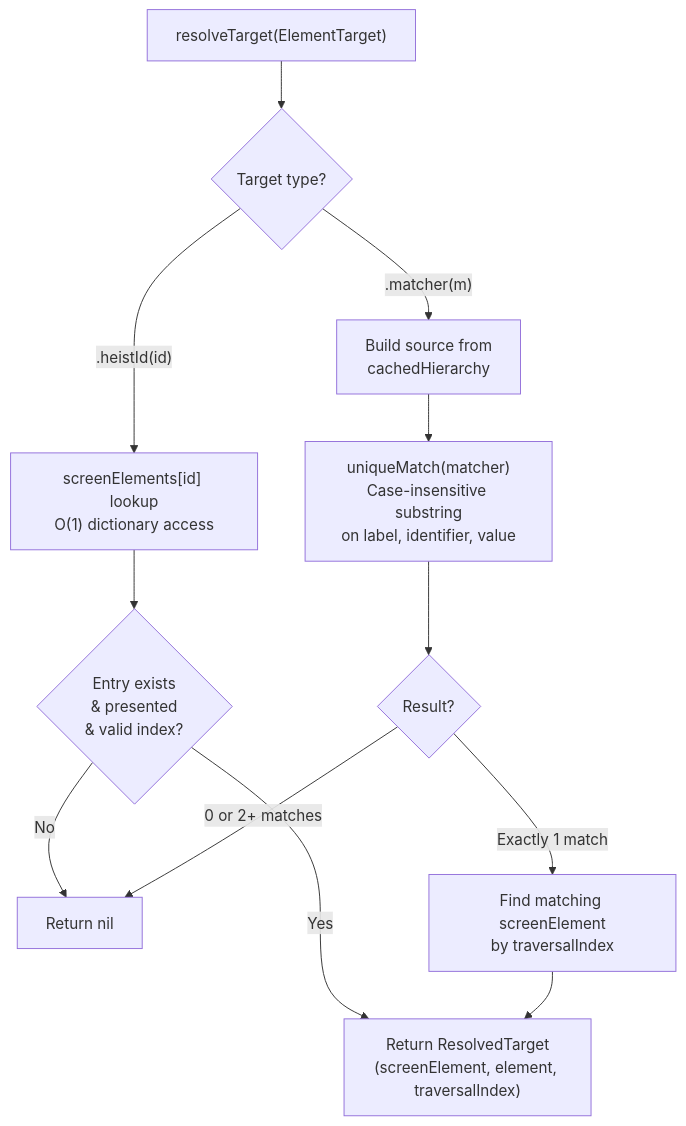
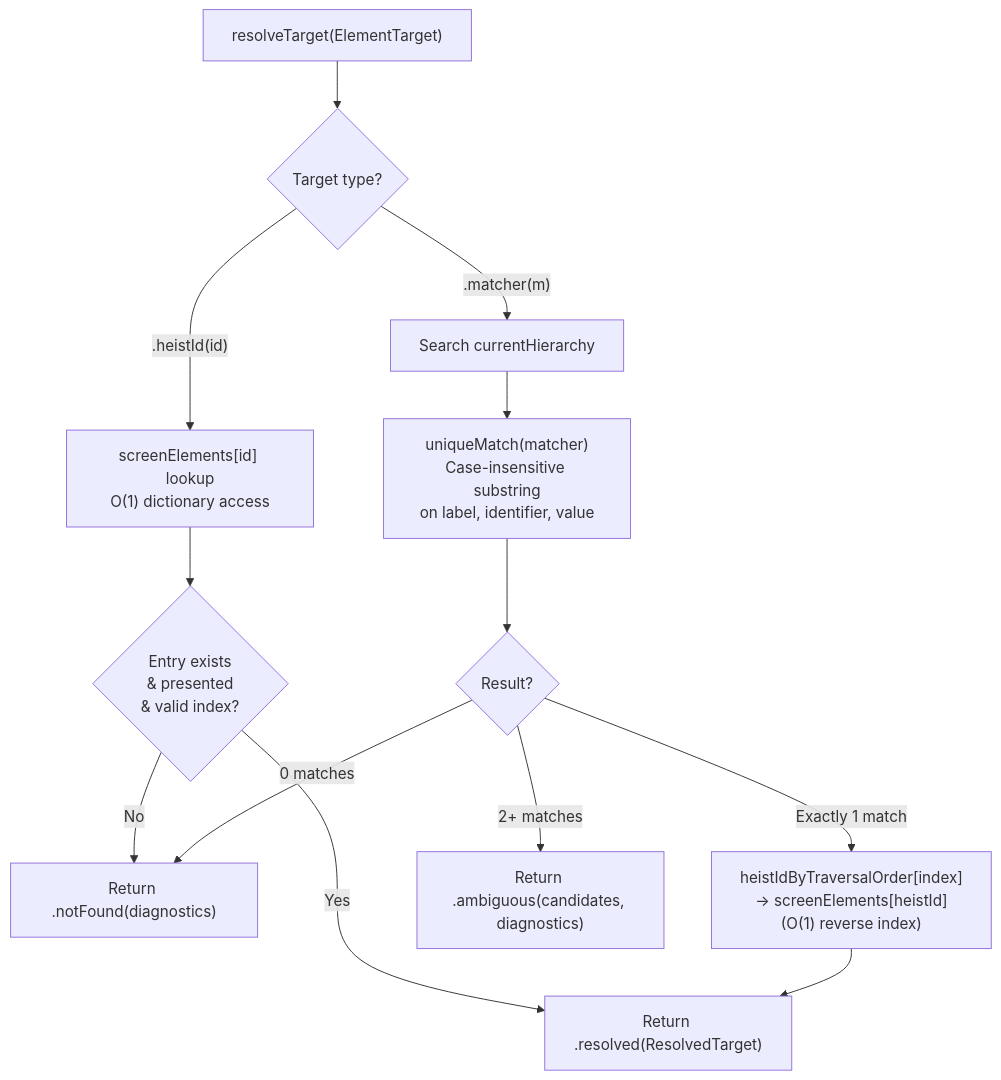
The second of 2 diagrams in docs/dossiers/15-UNIFIED-TARGETING.md (RoyalPineapple/TheButtonHeist), drawn with Mermaid before and after one commit. The commit also changed other lines of this file and 18 other files, not shown here.

First line of the commit message:
Fix full scan cache bug + redesign TheBagman architecture (#197)

````diff
--- a/docs/dossiers/15-UNIFIED-TARGETING.md
+++ b/docs/dossiers/15-UNIFIED-TARGETING.md
@@ -110,15 +110,16 @@
 ```mermaid
 flowchart TD
     A["resolveTarget(ElementTarget)"] --> B{Target type?}
     B -->|".heistId(id)"| C["screenElements[id] lookup<br/>O(1) dictionary access"]
     C --> D{Entry exists<br/>& presented<br/>& valid index?}
-    D -->|Yes| E["Return ResolvedTarget<br/>(screenElement, element, traversalIndex)"]
-    D -->|No| F["Return nil"]
+    D -->|Yes| E["Return .resolved(ResolvedTarget)"]
+    D -->|No| F["Return .notFound(diagnostics)"]
 
-    B -->|".matcher(m)"| G["Build source from<br/>cachedHierarchy"]
+    B -->|".matcher(m)"| G["Search currentHierarchy"]
     G --> H["uniqueMatch(matcher)<br/>Case-insensitive substring<br/>on label, identifier, value"]
     H --> I{Result?}
-    I -->|Exactly 1 match| J["Find matching screenElement<br/>by traversalIndex"]
+    I -->|Exactly 1 match| J["heistIdByTraversalOrder[index]<br/>→ screenElements[heistId]<br/>(O(1) reverse index)"]
     J --> E
-    I -->|0 or 2+ matches| F
+    I -->|0 matches| F
+    I -->|2+ matches| AMB["Return .ambiguous(candidates, diagnostics)"]
 ```
````
